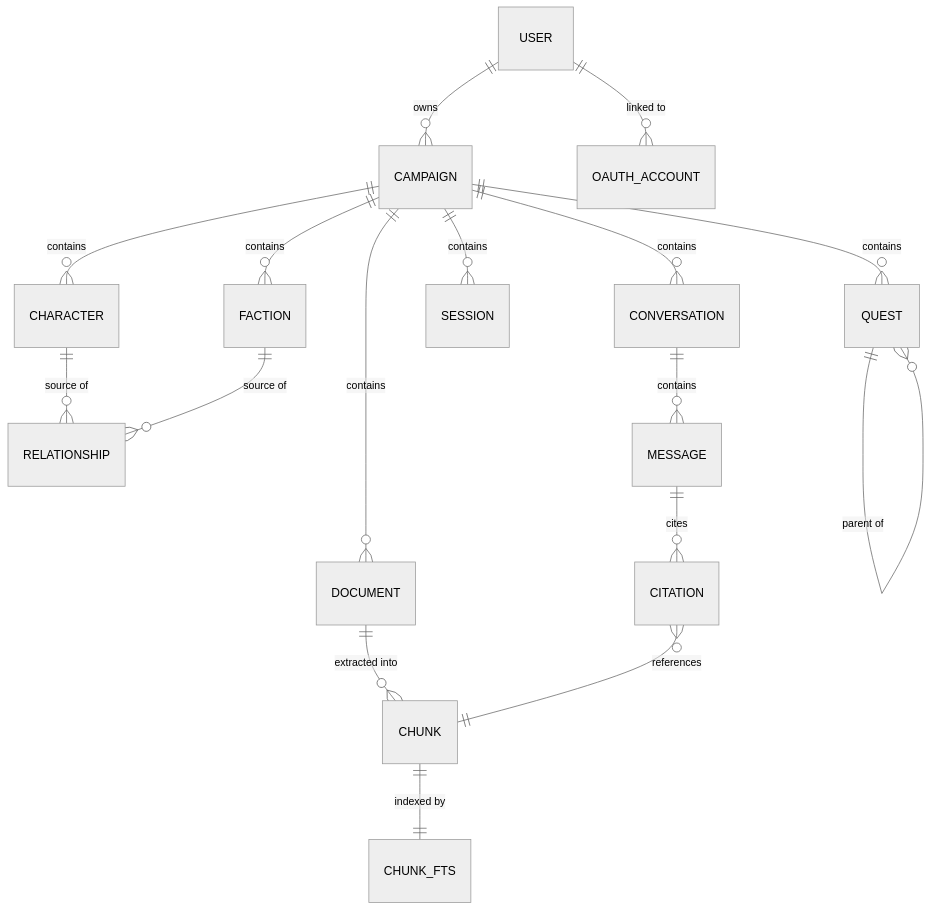
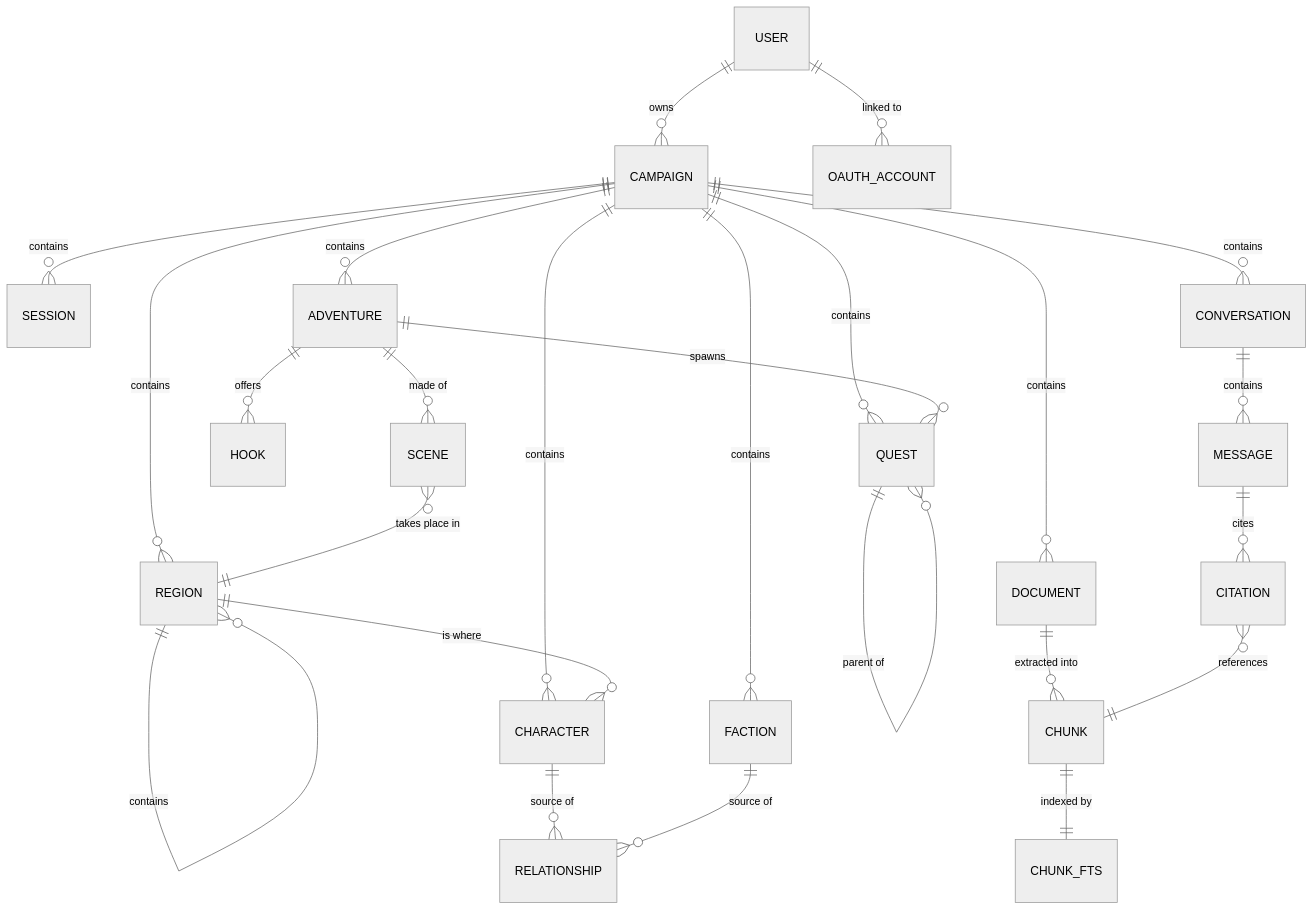
The diagram in docs/data-model.md (PiotrMieszczak/dm_assistant), drawn with Mermaid (neutral theme) before and after one commit. The commit also changed other lines of this file and 5 other files, not shown here.

````diff
--- a/docs/data-model.md
+++ b/docs/data-model.md
@@ -8,23 +8,33 @@
 ```mermaid
 erDiagram
     USER ||--o{ CAMPAIGN : owns
     USER ||--o{ OAUTH_ACCOUNT : "linked to"
 
     CAMPAIGN ||--o{ DOCUMENT : contains
     CAMPAIGN ||--o{ CHARACTER : contains
     CAMPAIGN ||--o{ FACTION : contains
     CAMPAIGN ||--o{ QUEST : contains
     CAMPAIGN ||--o{ SESSION : contains
     CAMPAIGN ||--o{ CONVERSATION : contains
+    CAMPAIGN ||--o{ REGION : contains
+    CAMPAIGN ||--o{ ADVENTURE : contains
+
+    REGION ||--o{ REGION : "contains"
+    REGION ||--o{ CHARACTER : "is where"
+
+    ADVENTURE ||--o{ HOOK : "offers"
+    ADVENTURE ||--o{ SCENE : "made of"
+    ADVENTURE ||--o{ QUEST : "spawns"
+    SCENE }o--|| REGION : "takes place in"
 
     DOCUMENT ||--o{ CHUNK : "extracted into"
     CHUNK ||--|| CHUNK_FTS : "indexed by"
 
     CHARACTER ||--o{ RELATIONSHIP : "source of"
     FACTION   ||--o{ RELATIONSHIP : "source of"
 
     QUEST ||--o{ QUEST : "parent of"
     CONVERSATION ||--o{ MESSAGE : contains
     MESSAGE ||--o{ CITATION : cites
     CITATION }o--|| CHUNK : references
 ```
````
